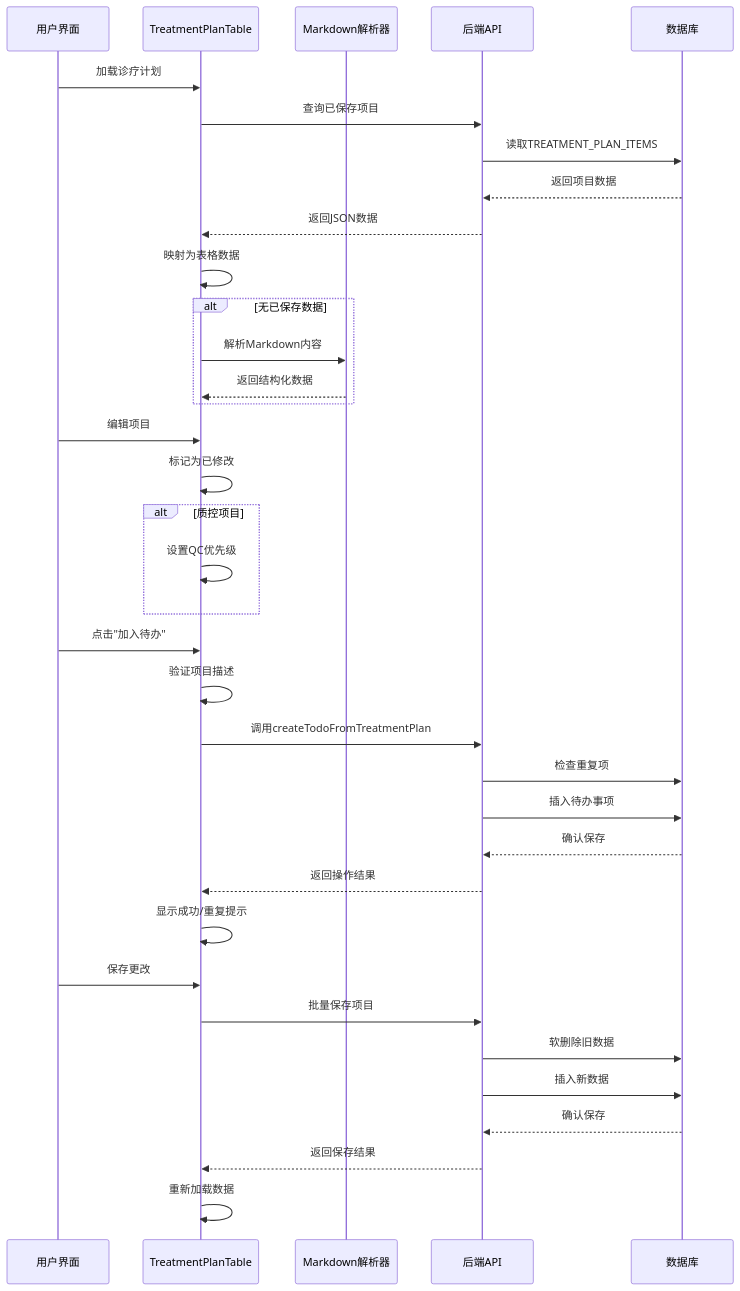
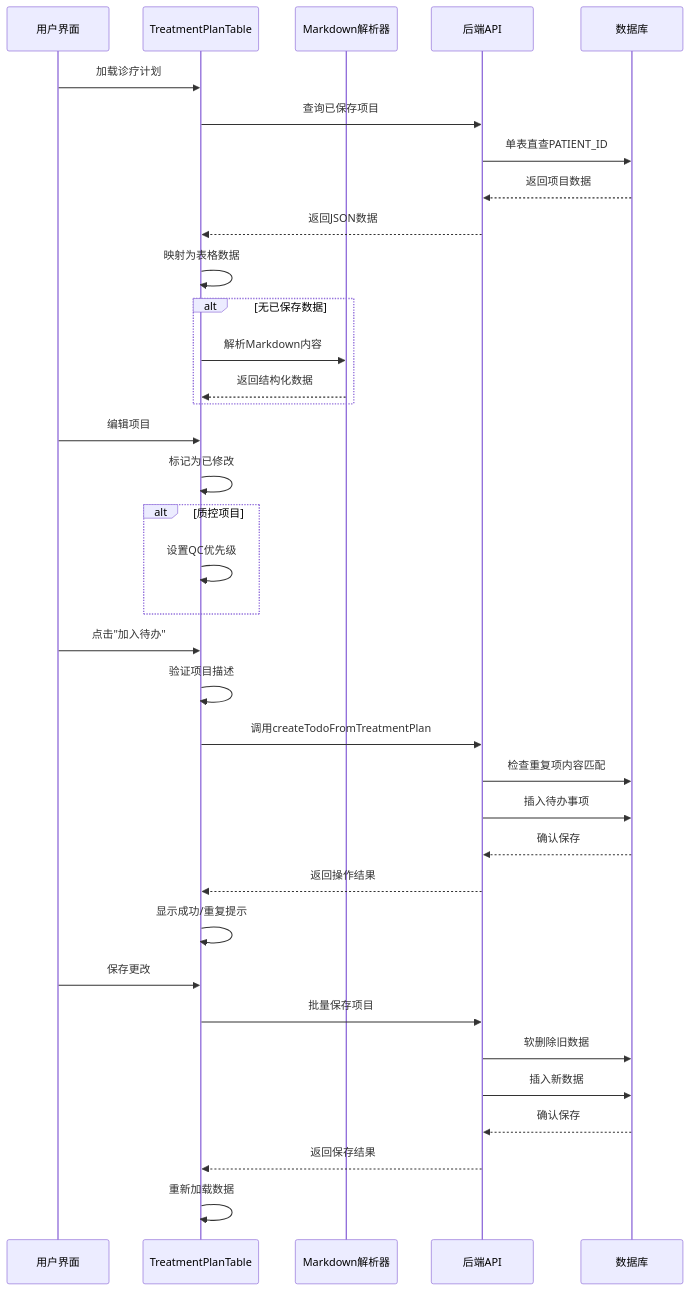
One commit to liuzh2008/med_ai_assistant_workspace changed the second of 5 diagrams in .qoder/repowiki/zh/content/核心功能模块/治疗计划表格功能增强.md. Above: the diagram before and after it, drawn with Mermaid. The commit also changed other lines of this file and 9 other files, not shown here.

````diff
--- a/.qoder/repowiki/zh/content/核心功能模块/治疗计划表格功能增强.md
+++ b/.qoder/repowiki/zh/content/核心功能模块/治疗计划表格功能增强.md
@@ -170,38 +188,38 @@
 ```mermaid
 sequenceDiagram
 participant UI as 用户界面
 participant TP as TreatmentPlanTable
 participant Parser as Markdown解析器
 participant API as 后端API
 participant DB as 数据库
 UI->>TP : 加载诊疗计划
 TP->>API : 查询已保存项目
-API->>DB : 读取TREATMENT_PLAN_ITEMS
+API->>DB : 单表直查PATIENT_ID
 DB-->>API : 返回项目数据
 API-->>TP : 返回JSON数据
 TP->>TP : 映射为表格数据
 alt 无已保存数据
 TP->>Parser : 解析Markdown内容
 Parser-->>TP : 返回结构化数据
 end
 UI->>TP : 编辑项目
 TP->>TP : 标记为已修改
 alt 质控项目
 TP->>TP : 设置QC优先级
 end
 UI->>TP : 点击"加入待办"
 TP->>TP : 验证项目描述
 TP->>API : 调用createTodoFromTreatmentPlan
-API->>DB : 检查重复项
+API->>DB : 检查重复项内容匹配
 API->>DB : 插入待办事项
 DB-->>API : 确认保存
 API-->>TP : 返回操作结果
 TP->>TP : 显示成功/重复提示
 UI->>TP : 保存更改
 TP->>API : 批量保存项目
 API->>DB : 软删除旧数据
 API->>DB : 插入新数据
 DB-->>API : 确认保存
 API-->>TP : 返回保存结果
 TP->>TP : 重新加载数据
 ```
````
